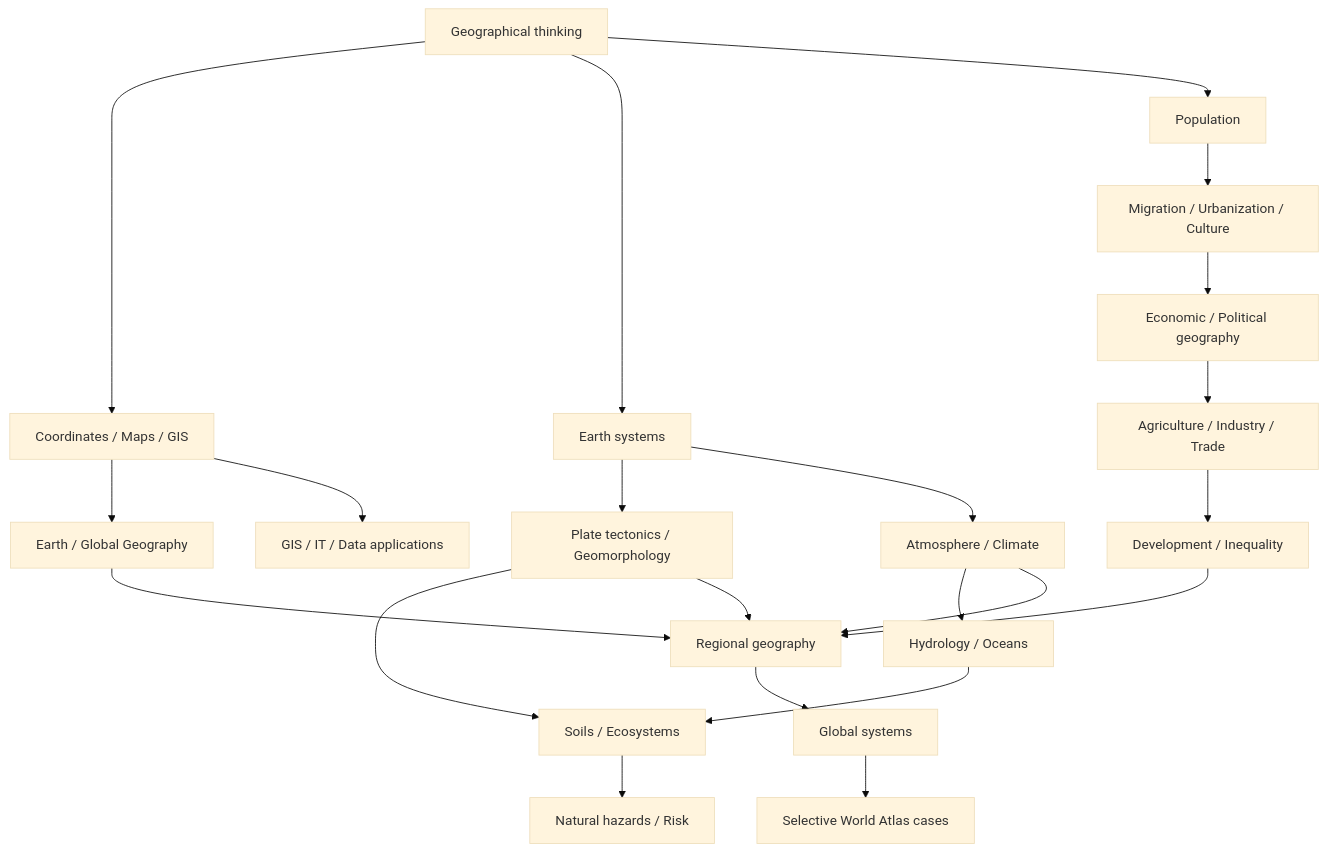
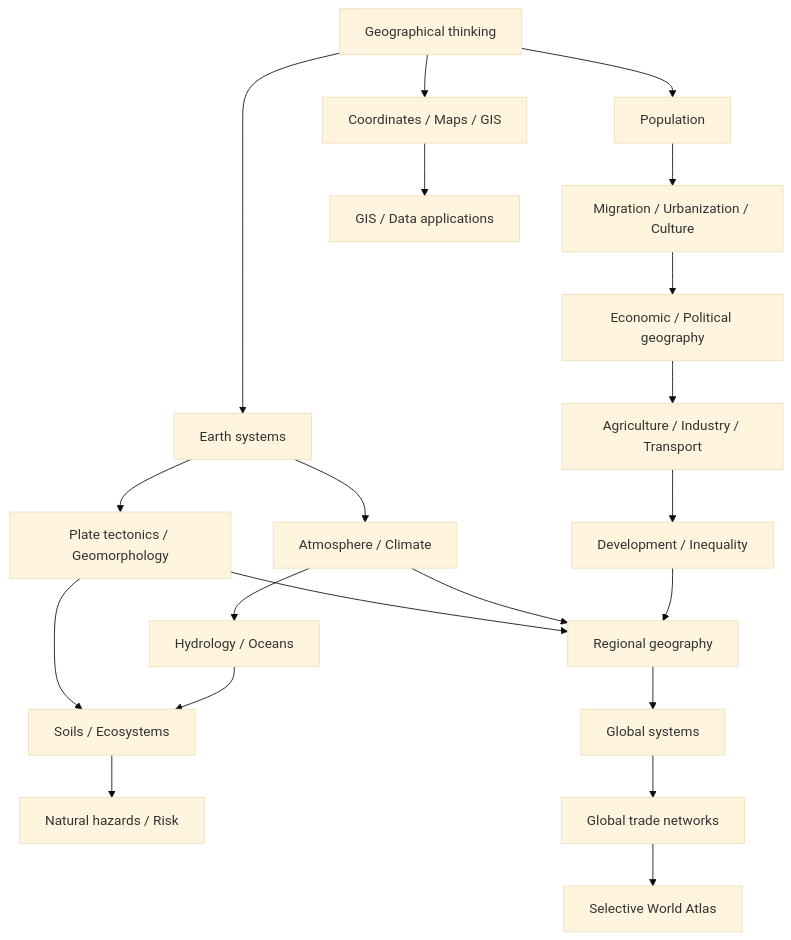
The diagram in world_geography/README.md (hunggtham/learning-docs), drawn with Mermaid (base theme) before and after one commit. The commit also changed other lines of this file and 5 other files, not shown here.

First line of the commit message:
Refresh geography coverage learning route and atlas status

````diff
--- a/world_geography/README.md
+++ b/world_geography/README.md
@@ -39,24 +33,23 @@
 ```mermaid
 graph TD
   A[Geographical thinking] --> B[Coordinates / Maps / GIS]
   A --> C[Earth systems]
   C --> D[Plate tectonics / Geomorphology]
   C --> E[Atmosphere / Climate]
   E --> F[Hydrology / Oceans]
   D --> G[Soils / Ecosystems]
   F --> G
   G --> H[Natural hazards / Risk]
   A --> I[Population]
   I --> J[Migration / Urbanization / Culture]
   J --> K[Economic / Political geography]
-  K --> L[Agriculture / Industry / Trade]
+  K --> L[Agriculture / Industry / Transport]
   L --> M[Development / Inequality]
-  B --> N[Earth / Global Geography]
-  D --> O[Regional geography]
-  E --> O
-  M --> O
-  N --> O
-  O --> P[Global systems]
-  B --> Q[GIS / IT / Data applications]
-  P --> R[Selective World Atlas cases]
+  D --> N[Regional geography]
+  E --> N
+  M --> N
+  N --> O[Global systems]
+  O --> T[Global trade networks]
+  B --> P[GIS / Data applications]
+  T --> Q[Selective World Atlas]
 ```
````
